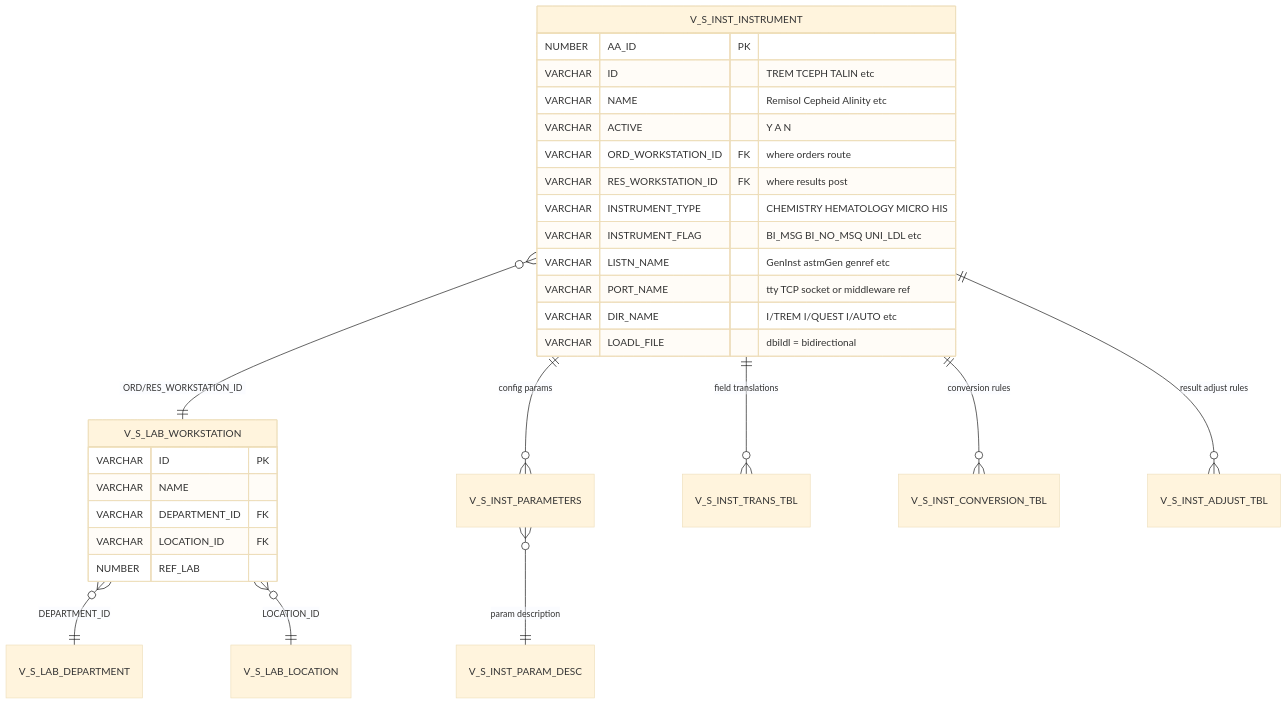
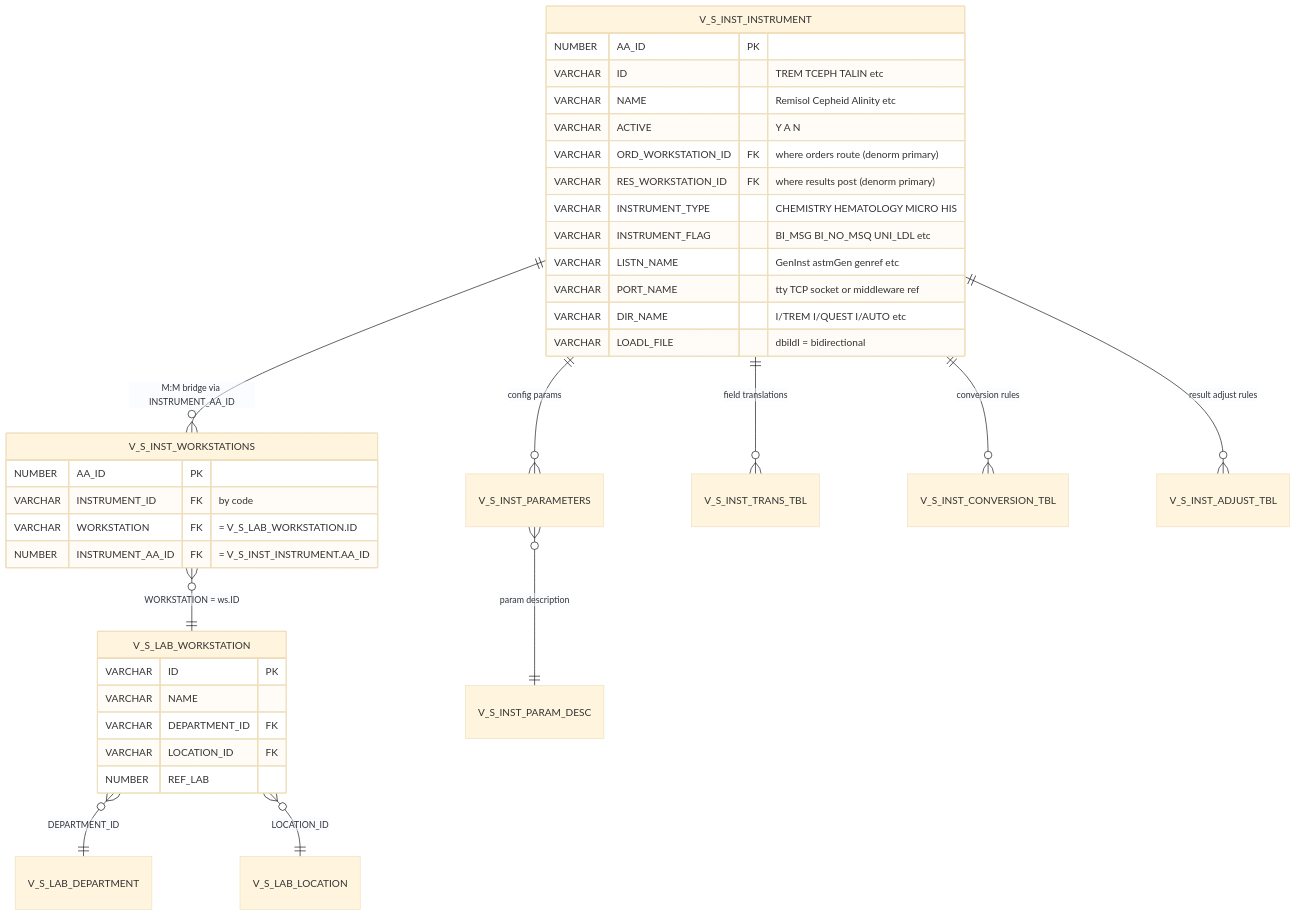
The tenth of 11 diagrams in schema_diagrams.md (rfedeli/sql_queries), drawn with Mermaid (base theme) before and after one commit. The commit also changed other lines of this file and 5 other files, not shown here.

````diff
--- a/schema_diagrams.md
+++ b/schema_diagrams.md
@@ -750,33 +794,40 @@
 ```mermaid
 erDiagram
-    V_S_INST_INSTRUMENT }o--|| V_S_LAB_WORKSTATION : "ORD/RES_WORKSTATION_ID"
+    V_S_INST_INSTRUMENT ||--o{ V_S_INST_WORKSTATIONS : "M:M bridge via INSTRUMENT_AA_ID"
+    V_S_INST_WORKSTATIONS }o--|| V_S_LAB_WORKSTATION : "WORKSTATION = ws.ID"
     V_S_LAB_WORKSTATION }o--|| V_S_LAB_DEPARTMENT : "DEPARTMENT_ID"
     V_S_LAB_WORKSTATION }o--|| V_S_LAB_LOCATION : "LOCATION_ID"
     V_S_INST_INSTRUMENT ||--o{ V_S_INST_PARAMETERS : "config params"
     V_S_INST_INSTRUMENT ||--o{ V_S_INST_TRANS_TBL : "field translations"
     V_S_INST_INSTRUMENT ||--o{ V_S_INST_CONVERSION_TBL : "conversion rules"
     V_S_INST_INSTRUMENT ||--o{ V_S_INST_ADJUST_TBL : "result adjust rules"
     V_S_INST_PARAMETERS }o--|| V_S_INST_PARAM_DESC : "param description"
 
     V_S_INST_INSTRUMENT {
         NUMBER AA_ID PK
         VARCHAR ID "TREM TCEPH TALIN etc"
         VARCHAR NAME "Remisol Cepheid Alinity etc"
         VARCHAR ACTIVE "Y A N"
-        VARCHAR ORD_WORKSTATION_ID FK "where orders route"
-        VARCHAR RES_WORKSTATION_ID FK "where results post"
+        VARCHAR ORD_WORKSTATION_ID FK "where orders route (denorm primary)"
+        VARCHAR RES_WORKSTATION_ID FK "where results post (denorm primary)"
         VARCHAR INSTRUMENT_TYPE "CHEMISTRY HEMATOLOGY MICRO HIS"
         VARCHAR INSTRUMENT_FLAG "BI_MSG BI_NO_MSQ UNI_LDL etc"
         VARCHAR LISTN_NAME "GenInst astmGen genref etc"
         VARCHAR PORT_NAME "tty TCP socket or middleware ref"
         VARCHAR DIR_NAME "I/TREM I/QUEST I/AUTO etc"
         VARCHAR LOADL_FILE "dbildl = bidirectional"
+    }
+    V_S_INST_WORKSTATIONS {
+        NUMBER AA_ID PK
+        VARCHAR INSTRUMENT_ID FK "by code"
+        VARCHAR WORKSTATION FK "= V_S_LAB_WORKSTATION.ID"
+        NUMBER INSTRUMENT_AA_ID FK "= V_S_INST_INSTRUMENT.AA_ID"
     }
     V_S_LAB_WORKSTATION {
         VARCHAR ID PK
         VARCHAR NAME
         VARCHAR DEPARTMENT_ID FK
         VARCHAR LOCATION_ID FK
         NUMBER REF_LAB
     }
 ```
````
